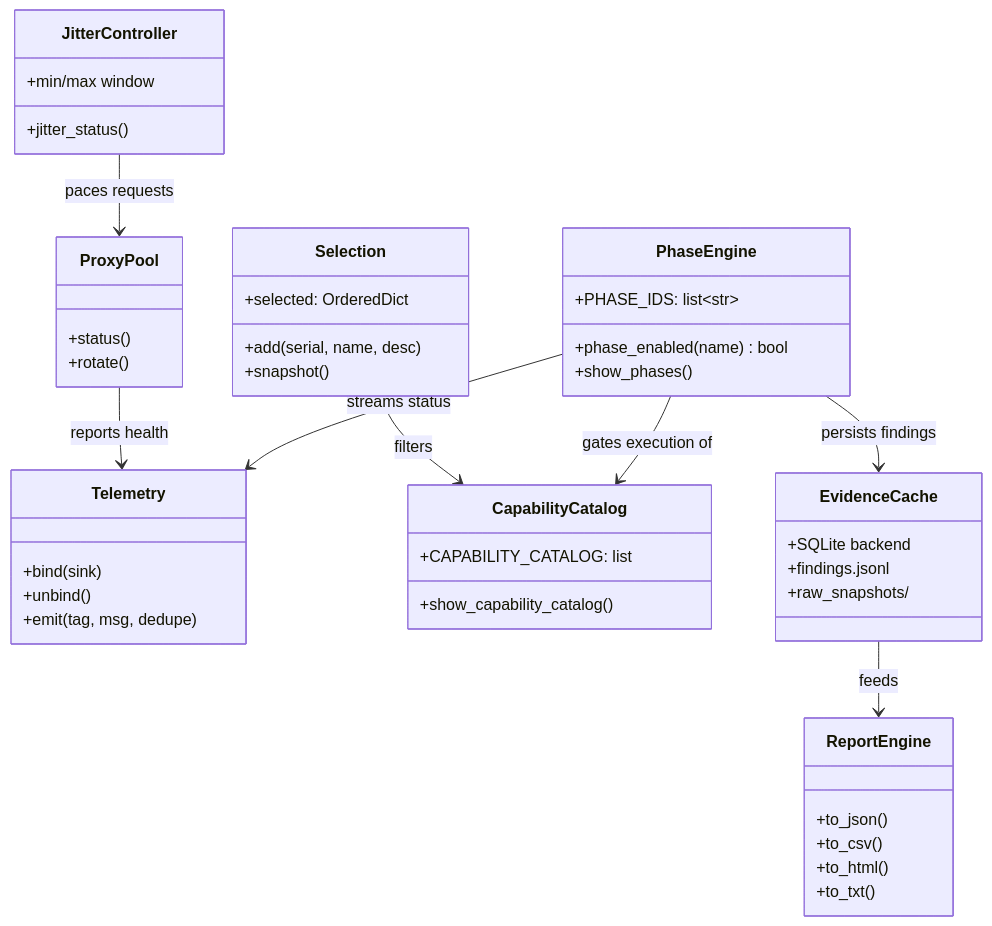
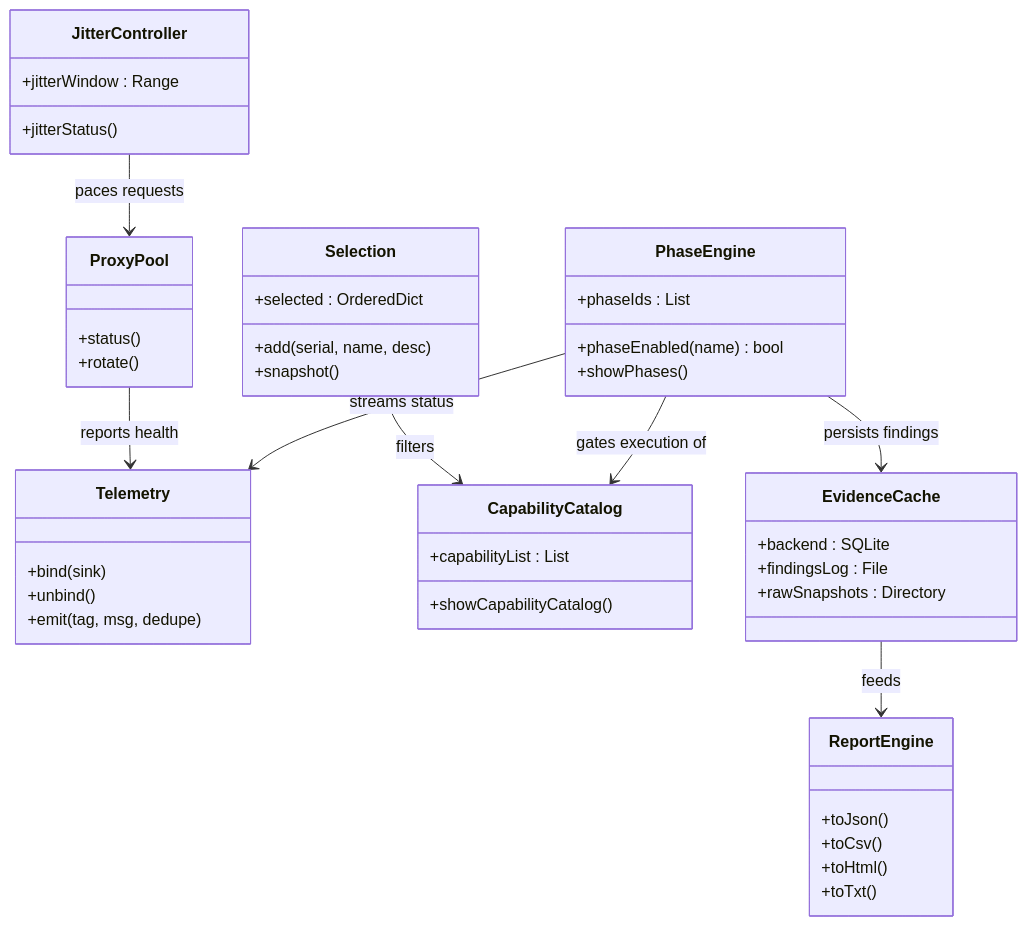
Before and after one commit to sylhetyhackvenger/STRATASCAN: the third of 22 diagrams in README.md, drawn with Mermaid. The commit also changed other lines of this file, not shown here.

````diff
--- a/README.md
+++ b/README.md
@@ -236,49 +238,49 @@
 ```mermaid
 classDiagram
     class Telemetry {
         +bind(sink)
         +unbind()
         +emit(tag, msg, dedupe)
     }
     class PhaseEngine {
-        +PHASE_IDS: list~str~
-        +phase_enabled(name) bool
-        +show_phases()
+        +phaseIds : List
+        +phaseEnabled(name) bool
+        +showPhases()
     }
     class CapabilityCatalog {
-        +CAPABILITY_CATALOG: list
-        +show_capability_catalog()
+        +capabilityList : List
+        +showCapabilityCatalog()
     }
     class Selection {
-        +selected: OrderedDict
+        +selected : OrderedDict
         +add(serial, name, desc)
         +snapshot()
     }
     class ProxyPool {
         +status()
         +rotate()
     }
     class JitterController {
-        +jitter_status()
-        +min/max window
+        +jitterStatus()
+        +jitterWindow : Range
     }
     class EvidenceCache {
-        +SQLite backend
-        +findings.jsonl
-        +raw_snapshots/
+        +backend : SQLite
+        +findingsLog : File
+        +rawSnapshots : Directory
     }
     class ReportEngine {
-        +to_json()
-        +to_csv()
-        +to_html()
-        +to_txt()
+        +toJson()
+        +toCsv()
+        +toHtml()
+        +toTxt()
     }
 
     PhaseEngine --> CapabilityCatalog : gates execution of
     Selection --> CapabilityCatalog : filters
     PhaseEngine --> Telemetry : streams status
     ProxyPool --> Telemetry : reports health
     JitterController --> ProxyPool : paces requests
     PhaseEngine --> EvidenceCache : persists findings
     EvidenceCache --> ReportEngine : feeds
 ```
````
